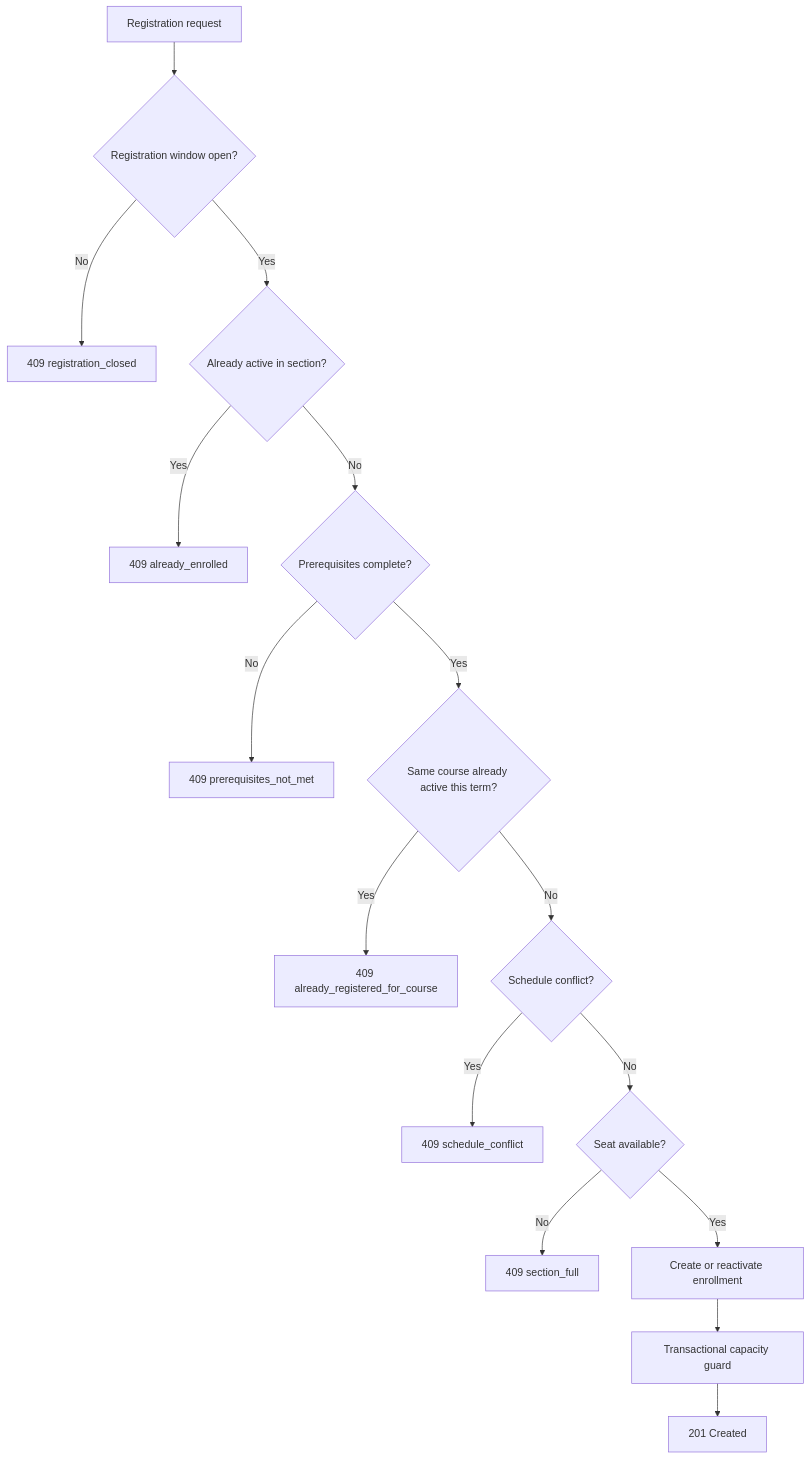
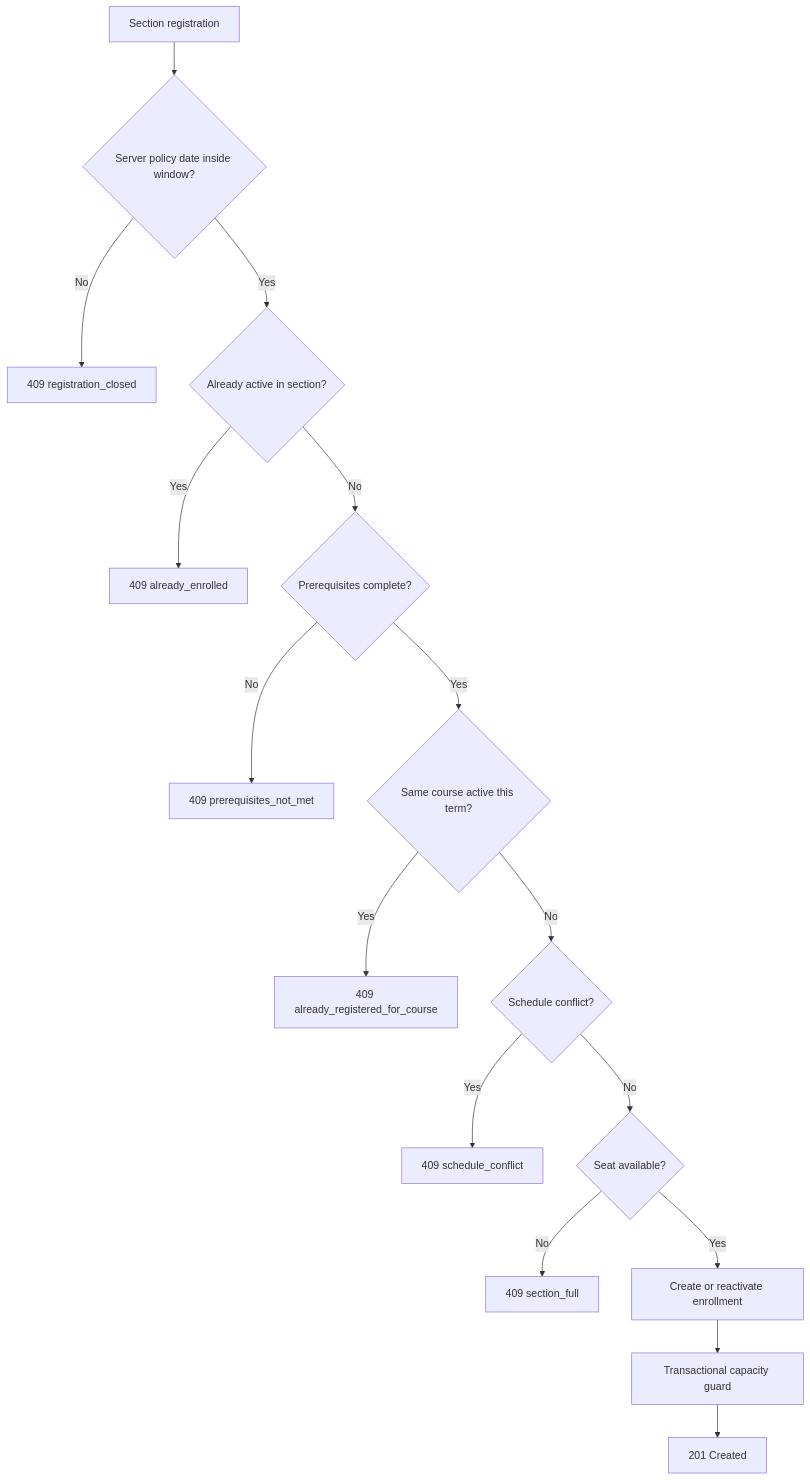
Before and after one commit to PerpsAkach/course-registration-api: the second of 2 diagrams in README.md, drawn with Mermaid. The commit also changed other lines of this file, not shown here.

Commit message:
Refresh README for completed registration service hardening

````diff
--- a/README.md
+++ b/README.md
@@ -99,18 +105,18 @@
 ```mermaid
 flowchart TD
-    A[Registration request] --> B{Registration window open?}
+    A[Section registration] --> B{Server policy date inside window?}
     B -- No --> X1[409 registration_closed]
     B -- Yes --> C{Already active in section?}
     C -- Yes --> X2[409 already_enrolled]
     C -- No --> D{Prerequisites complete?}
     D -- No --> X3[409 prerequisites_not_met]
-    D -- Yes --> E{Same course already active this term?}
+    D -- Yes --> E{Same course active this term?}
     E -- Yes --> X4[409 already_registered_for_course]
     E -- No --> F{Schedule conflict?}
     F -- Yes --> X5[409 schedule_conflict]
     F -- No --> G{Seat available?}
     G -- No --> X6[409 section_full]
     G -- Yes --> H[Create or reactivate enrollment]
     H --> I[Transactional capacity guard]
     I --> J[201 Created]
 ```
````
